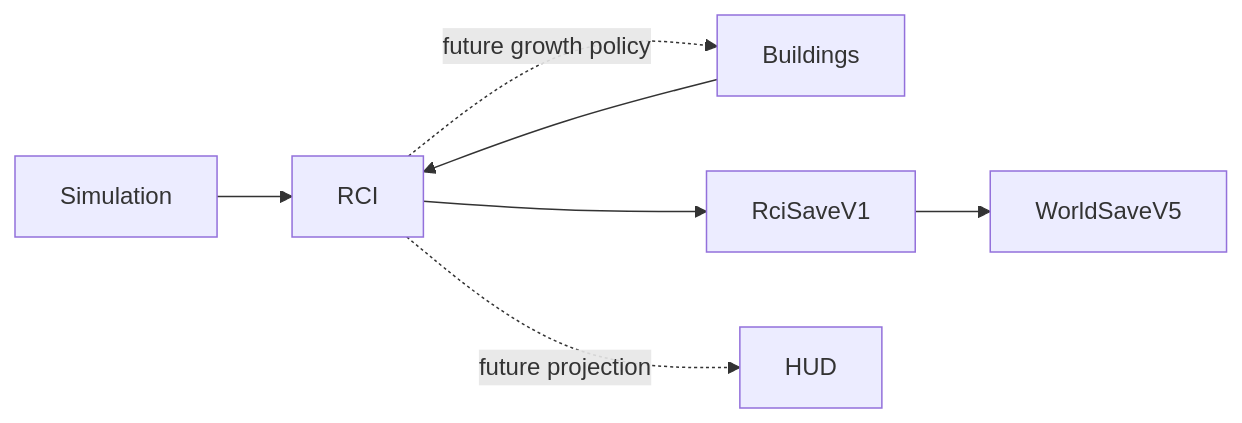
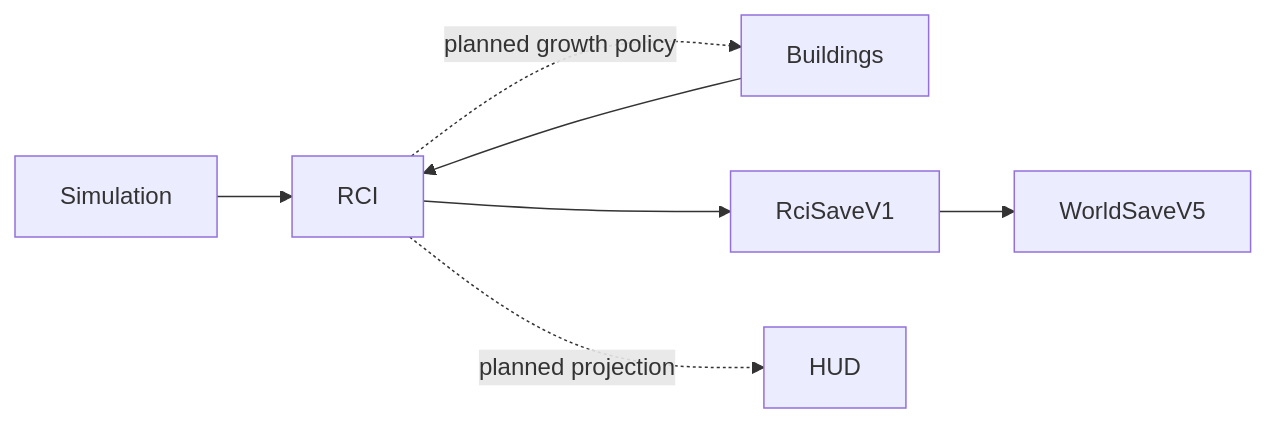
Before and after one commit to petechatchawan/web-three-city: the diagram in docs/systems/rci/README.md, drawn with Mermaid. The commit also changed other lines of this file and 3 other files, not shown here.

````diff
--- a/docs/systems/rci/README.md
+++ b/docs/systems/rci/README.md
@@ -57,9 +73,9 @@
 ```mermaid
 flowchart LR
   Simulation --> RCI
   Buildings --> RCI
   RCI --> RciSaveV1
   RciSaveV1 --> WorldSaveV5
-  RCI -. future growth policy .-> Buildings
-  RCI -. future projection .-> HUD
+  RCI -. planned growth policy .-> Buildings
+  RCI -. planned projection .-> HUD
 ```
````
